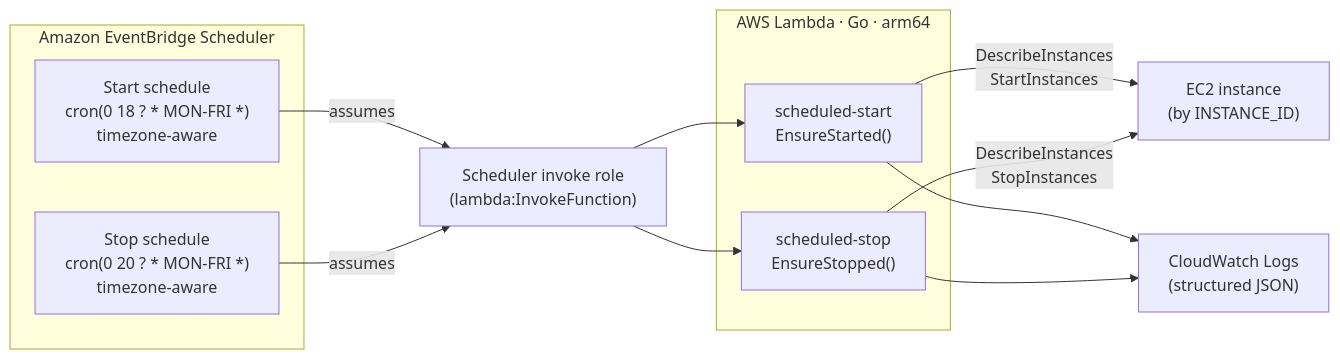
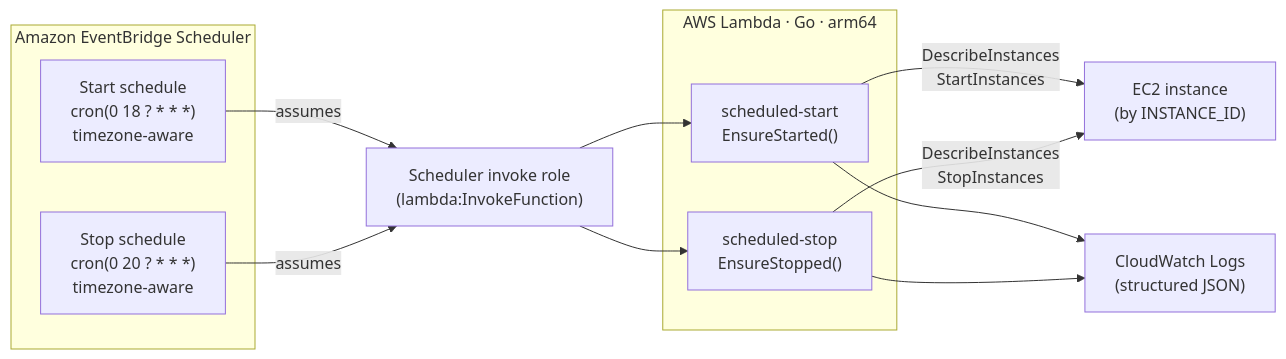
Before and after one commit to teddynted/ai-github-repository-blog-generator: the diagram in docs/scheduling.md, drawn with Mermaid. The commit also changed other lines of this file and 21 other files, not shown here.

````diff
--- a/docs/scheduling.md
+++ b/docs/scheduling.md
@@ -18,24 +19,24 @@
 ```mermaid
 flowchart LR
   subgraph EB[Amazon EventBridge Scheduler]
-    S1["Start schedule<br/>cron(0 18 ? * MON-FRI *)<br/>timezone-aware"]
-    S2["Stop schedule<br/>cron(0 20 ? * MON-FRI *)<br/>timezone-aware"]
+    S1["Start schedule<br/>cron(0 18 ? * * *)<br/>timezone-aware"]
+    S2["Stop schedule<br/>cron(0 20 ? * * *)<br/>timezone-aware"]
   end
 
   R["Scheduler invoke role<br/>(lambda:InvokeFunction)"]
 
   subgraph L[AWS Lambda · Go · arm64]
     LS["scheduled-start<br/>EnsureStarted()"]
     LT["scheduled-stop<br/>EnsureStopped()"]
   end
 
   EC2["EC2 instance<br/>(by INSTANCE_ID)"]
   CW["CloudWatch Logs<br/>(structured JSON)"]
 
   S1 -->|assumes| R --> LS
   S2 -->|assumes| R --> LT
   LS -->|DescribeInstances<br/>StartInstances| EC2
   LT -->|DescribeInstances<br/>StopInstances| EC2
   LS --> CW
   LT --> CW
 ```
````
